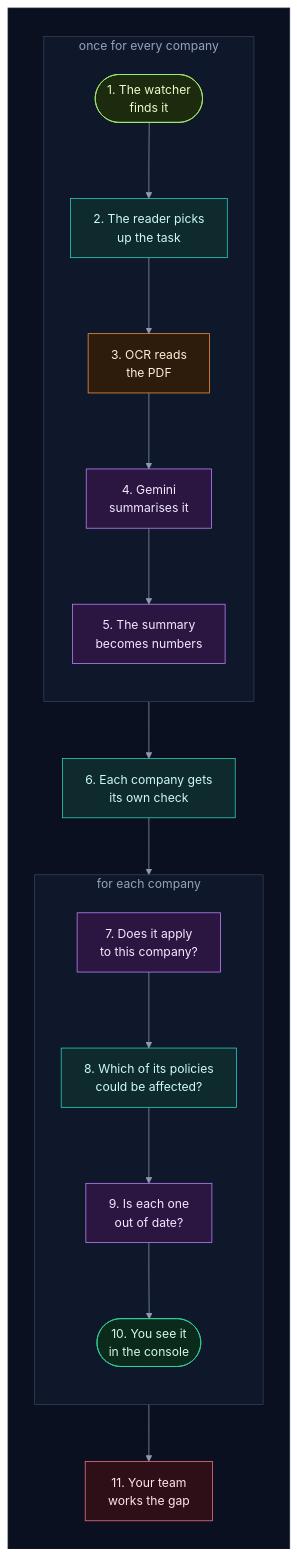
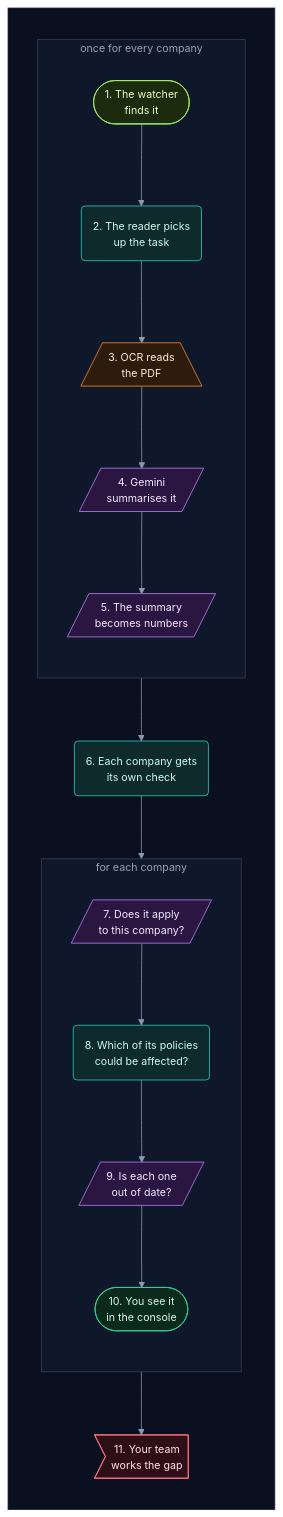
The fifth of 57 diagrams in how_it_works.md (selvakumarperumal/Regulatory_Circular_Impact_Agent), drawn with Mermaid before and after one commit. The commit also changed other lines of this file and 5 other files, not shown here.

Commit message:
Give the docs' flowcharts a shape per kind of part, more room and slightly smaller text

````diff
--- a/how_it_works.md
+++ b/how_it_works.md
@@ -350,42 +350,42 @@
 ```mermaid
-%%{init: {"theme": "base", "flowchart": {"diagramPadding": 0}, "themeVariables": {"darkMode": true, "primaryColor": "#16213a", "primaryTextColor": "#e6edf7", "primaryBorderColor": "#475a7a", "lineColor": "#8b9bb4", "secondaryColor": "#1b2436", "tertiaryColor": "#101a2e", "edgeLabelBackground": "#0f172a", "textColor": "#e2e8f0", "clusterBkg": "#0f1728", "clusterBorder": "#2b3a55", "titleColor": "#c4b5fd", "nodeTextColor": "#e6edf7"}}}%%
+%%{init: {"theme": "base", "flowchart": {"diagramPadding": 0, "nodeSpacing": 58, "rankSpacing": 58, "curve": "basis"}, "themeVariables": {"fontSize": "14px", "darkMode": true, "primaryColor": "#16213a", "primaryTextColor": "#e6edf7", "primaryBorderColor": "#475a7a", "lineColor": "#8b9bb4", "secondaryColor": "#1b2436", "tertiaryColor": "#101a2e", "edgeLabelBackground": "#0f172a", "textColor": "#e2e8f0", "clusterBkg": "#0f1728", "clusterBorder": "#2b3a55", "titleColor": "#c4b5fd", "nodeTextColor": "#e6edf7"}}}%%
 flowchart TD
     subgraph canvas[" "]
         direction TB
         subgraph once["once for every company"]
             direction TB
-            s1(["1. The watcher<br/>finds it"]) --> s2["2. The reader picks<br/>up the task"]
-            s2 --> s3["3. OCR reads<br/>the PDF"]
-            s3 --> s4["4. Gemini<br/>summarises it"]
-            s4 --> s5["5. The summary<br/>becomes numbers"]
+            s1(["1. The watcher<br/>finds it"]) --> s2("2. The reader picks<br/>up the task")
+            s2 --> s3[/"3. OCR reads<br/>the PDF"\]
+            s3 --> s4[/"4. Gemini<br/>summarises it"/]
+            s4 --> s5[/"5. The summary<br/>becomes numbers"/]
         end
-        s5 --> s6["6. Each company gets<br/>its own check"]
+        s5 --> s6("6. Each company gets<br/>its own check")
         subgraph each["for each company"]
             direction TB
-            s7["7. Does it apply<br/>to this company?"] --> s8["8. Which of its policies<br/>could be affected?"]
-            s8 --> s9["9. Is each one<br/>out of date?"]
+            s7[/"7. Does it apply<br/>to this company?"/] --> s8("8. Which of its policies<br/>could be affected?")
+            s8 --> s9[/"9. Is each one<br/>out of date?"/]
             s9 --> s10(["10. You see it<br/>in the console"])
         end
         s6 --> s7
-        s10 --> s11["11. Your team<br/>works the gap"]
+        s10 --> s11>"11. Your team<br/>works the gap"]
     end
     classDef svc fill:#0e2a2c,stroke:#2dd4bf,color:#ccfbf1
     classDef data fill:#1c1a47,stroke:#818cf8,color:#e0e7ff
     classDef ext fill:#2a1640,stroke:#c084fc,color:#f3e8ff
     classDef gpu fill:#2d1b0c,stroke:#fb923c,color:#ffedd5
     classDef ask fill:#2a2410,stroke:#fbbf24,color:#fef3c7
     classDef ok fill:#0b2a1c,stroke:#34d399,color:#d1fae5
     classDef bad fill:#2e0f17,stroke:#fb7185,color:#ffe4e6
     classDef start fill:#1c2a0e,stroke:#a7ef6f,color:#ecfccb
     classDef muted fill:#1a2130,stroke:#64748b,color:#cbd5e1
     classDef queue fill:#0c2231,stroke:#38bdf8,color:#e0f2fe
     class s1 start
     class s2,s6,s8 svc
     class s3 gpu
     class s4,s5,s7,s9 ext
     class s10 ok
     class s11 bad
     style once fill:#0f172a,stroke:#334155,color:#94a3b8
     style each fill:#0f172a,stroke:#334155,color:#94a3b8
     style canvas fill:#0b1020,stroke:#1e293b,color:#0b1020
 ```
````
